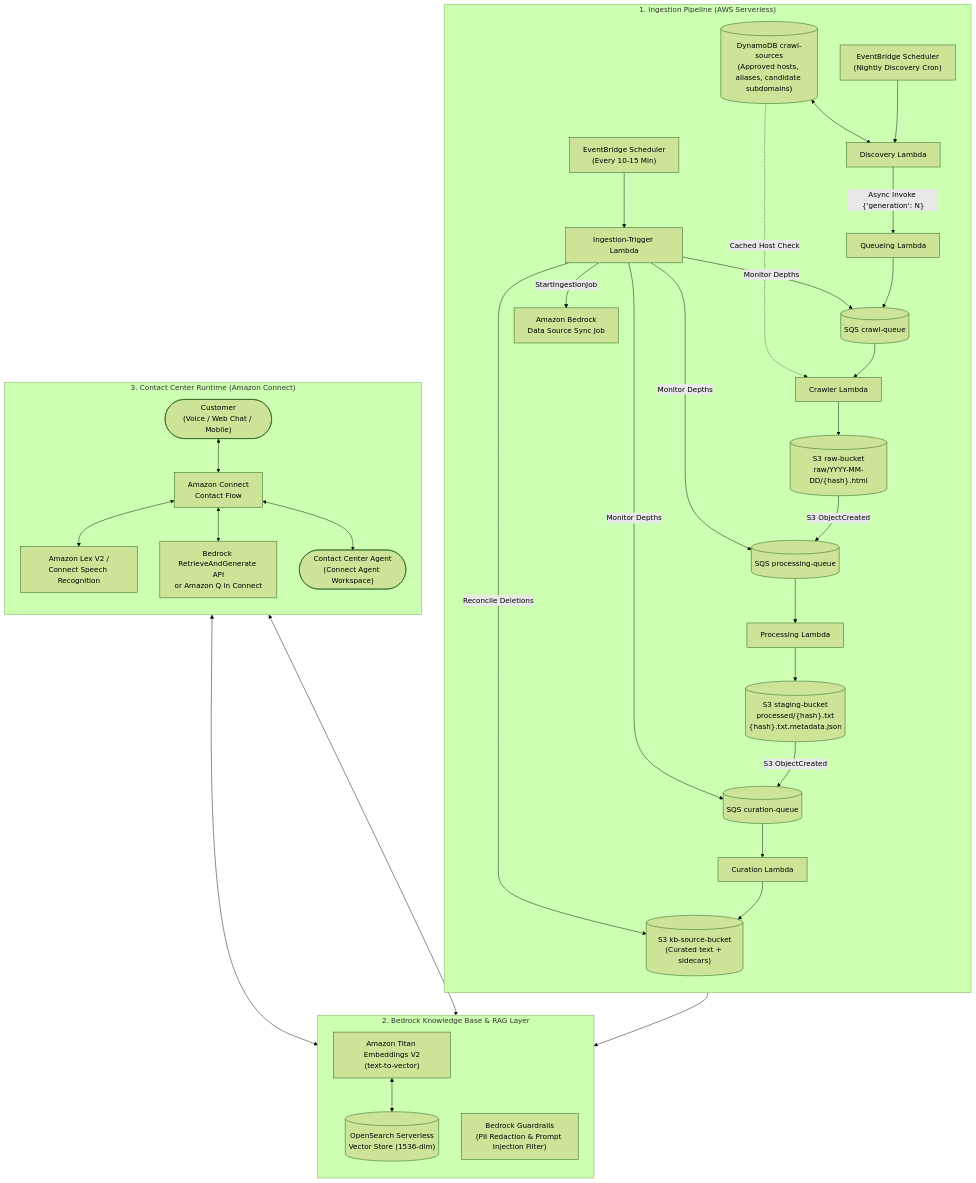
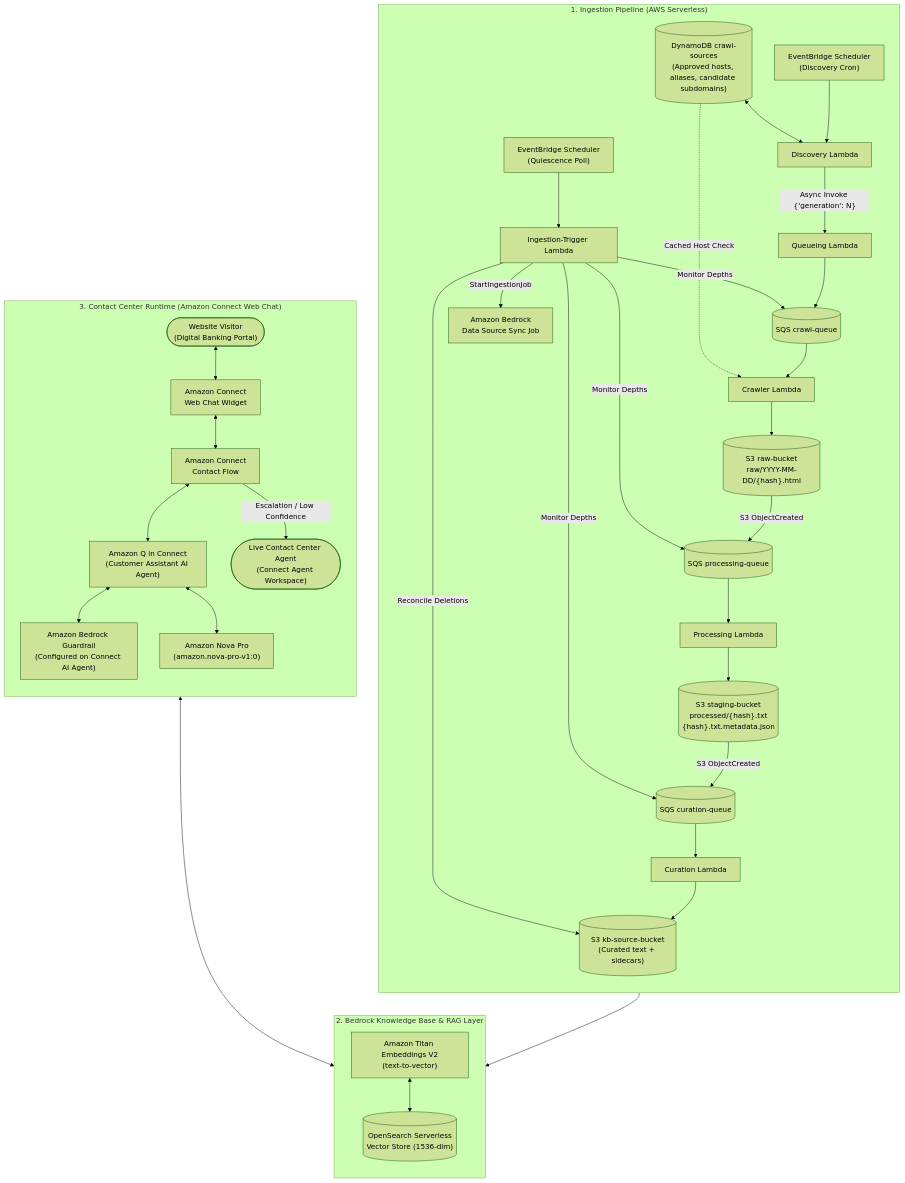
Before and after one commit to rahul77x/custom-web-crawler-bedrock: the first of 3 diagrams in LLD_DOCUMENT.md, drawn with Mermaid (forest theme). The commit also changed other lines of this file and 4 other files, not shown here.

Commit message:
docs: update LLD to v2.1 (text-based web chatbot, Amazon Q in Connect intent, Amazon Nova Pro, Connect-side guardrails, remove voice)

````diff
--- a/LLD_DOCUMENT.md
+++ b/LLD_DOCUMENT.md
@@ -34,42 +34,42 @@
 ```mermaid
 flowchart TD
     subgraph INGESTION["1. Ingestion Pipeline (AWS Serverless)"]
         direction TB
         SOURCES[("DynamoDB crawl-sources<br/>(Approved hosts, aliases, candidate subdomains)")]
-        EB1["EventBridge Scheduler<br/>(Nightly Discovery Cron)"] --> L1["Discovery Lambda"]
+        EB1["EventBridge Scheduler<br/>(Discovery Cron)"] --> L1["Discovery Lambda"]
         SOURCES <--> L1
         L1 -- "Async Invoke {'generation': N}" --> L2["Queueing Lambda"]
         L2 --> Q1[("SQS crawl-queue")]
         Q1 --> L3["Crawler Lambda"]
         SOURCES -. Cached Host Check .-> L3
         L3 --> S3_RAW[("S3 raw-bucket<br/>raw/YYYY-MM-DD/{hash}.html")]
         S3_RAW -- S3 ObjectCreated --> Q2[("SQS processing-queue")]
         Q2 --> L4["Processing Lambda"]
         L4 --> S3_STAGE[("S3 staging-bucket<br/>processed/{hash}.txt<br/>{hash}.txt.metadata.json")]
         S3_STAGE -- S3 ObjectCreated --> Q3[("SQS curation-queue")]
         Q3 --> L5["Curation Lambda"]
         L5 --> S3_KB[("S3 kb-source-bucket<br/>(Curated text + sidecars)")]
         
-        EB2["EventBridge Scheduler<br/>(Every 10-15 Min)"] --> L6["Ingestion-Trigger Lambda"]
+        EB2["EventBridge Scheduler<br/>(Quiescence Poll)"] --> L6["Ingestion-Trigger Lambda"]
         L6 -- Monitor Depths --> Q1 & Q2 & Q3
         L6 -- Reconcile Deletions --> S3_KB
         L6 -- StartIngestionJob --> BEDROCK_SYNC["Amazon Bedrock<br/>Data Source Sync Job"]
     end
 
     subgraph BEDROCK["2. Bedrock Knowledge Base & RAG Layer"]
         direction TB
         BEDROCK_SYNC --> AOSS[("OpenSearch Serverless<br/>Vector Store (1536-dim)")]
         TITAN["Amazon Titan Embeddings V2<br/>(text-to-vector)"] <--> AOSS
-        GUARDRAILS["Bedrock Guardrails<br/>(PII Redaction & Prompt Injection Filter)"]
     end
 
-    subgraph CONNECT["3. Contact Center Runtime (Amazon Connect)"]
+    subgraph CONNECT["3. Contact Center Runtime (Amazon Connect Web Chat)"]
         direction TB
-        CUSTOMER(["Customer<br/>(Voice / Web Chat / Mobile)"]) <--> FLOW["Amazon Connect<br/>Contact Flow"]
-        FLOW <--> LEX["Amazon Lex V2 /<br/>Connect Speech Recognition"]
-        FLOW <--> RAG_CALL["Bedrock RetrieveAndGenerate API<br/>or Amazon Q in Connect"]
-        RAG_CALL <--> GUARDRAILS
-        RAG_CALL <--> AOSS
-        FLOW <--> AGENT(["Contact Center Agent<br/>(Connect Agent Workspace)"])
+        USER(["Website Visitor<br/>(Digital Banking Portal)"]) <--> WIDGET["Amazon Connect<br/>Web Chat Widget"]
+        WIDGET <--> FLOW["Amazon Connect<br/>Contact Flow"]
+        FLOW <--> Q_CONNECT["Amazon Q in Connect<br/>(Customer Assistant AI Agent)"]
+        Q_CONNECT <--> GUARDRAILS["Amazon Bedrock Guardrail<br/>(Configured on Connect AI Agent)"]
+        Q_CONNECT <--> AOSS
+        Q_CONNECT <--> NOVA["Amazon Nova Pro<br/>(amazon.nova-pro-v1:0)"]
+        FLOW -- Escalation / Low Confidence --> AGENT(["Live Contact Center Agent<br/>(Connect Agent Workspace)"])
     end
 ```
````
